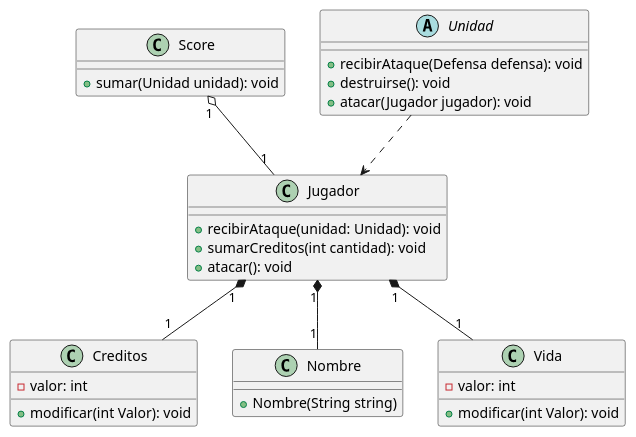
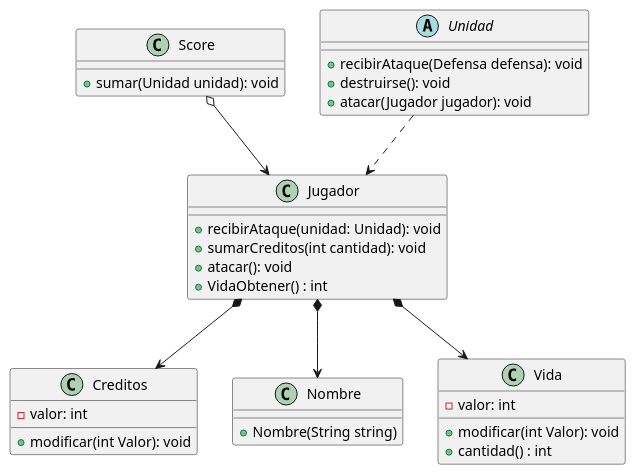
Before and after one commit to franzimbi/algo3_tp2: the diagram in diagrams/classes/Jugador_class_diagram.puml, drawn with PlantUML. The commit also changed 4 other files, not shown here.

Commit message:
actualizacion UML

```diff
--- a/diagrams/classes/Jugador_class_diagram.puml
+++ b/diagrams/classes/Jugador_class_diagram.puml
@@ -1,40 +1,42 @@
 @startuml
 'https://plantuml.com/class-diagram
 
 class Jugador {
     +recibirAtaque(unidad: Unidad): void
     +sumarCreditos(int cantidad): void
     +atacar(): void
+    +VidaObtener() : int
 }
 
 class Creditos {
     -valor: int
     +modificar(int Valor): void
 }
 
 class Nombre {
     +Nombre(String string)
 }
 
 class Vida {
     -valor: int
     +modificar(int Valor): void
+    +cantidad() : int
 }
 
 class Score {
     +sumar(Unidad unidad): void
 }
 
 abstract class Unidad {
     +recibirAtaque(Defensa defensa): void
     +destruirse(): void
     +atacar(Jugador jugador): void
 }
 
 Unidad ..> Jugador
-Jugador "1" *-- "1" Creditos
-Jugador "1" *-- "1" Nombre
-Jugador "1" *-- "1" Vida
-Score "1" o-- "1" Jugador
+Jugador  *--> Creditos
+Jugador  *-->  Nombre
+Jugador  *--> Vida
+Score  o-->  Jugador
 
 @enduml
```
